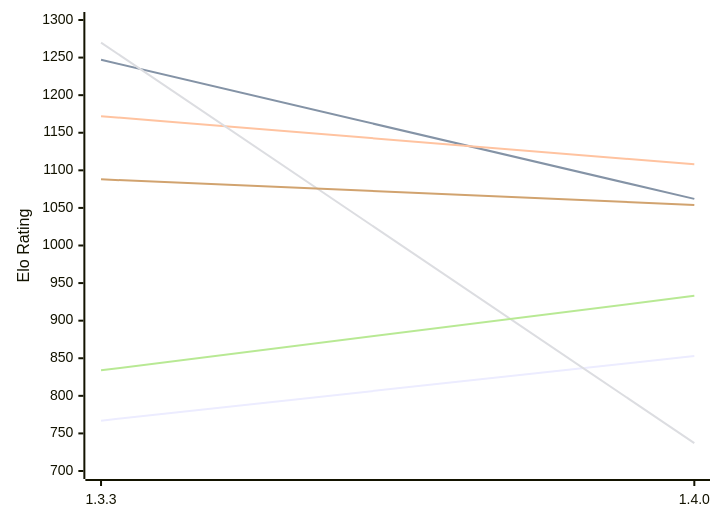
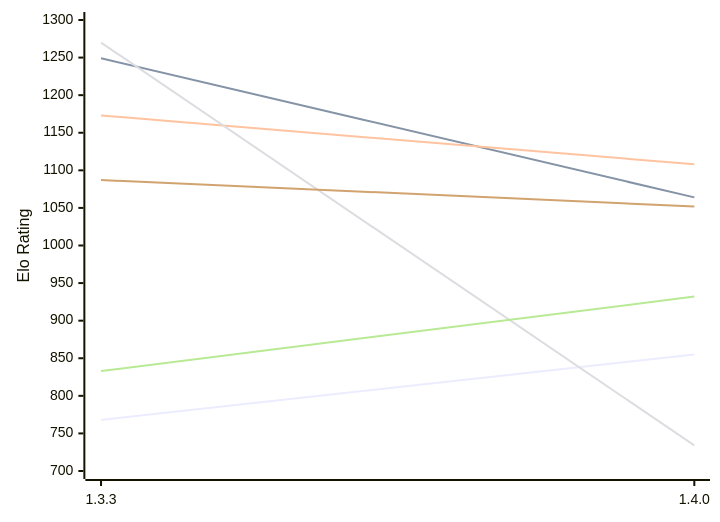
Before and after one commit to computer-chess-index/cci: the first of 2 diagrams in engines/Whitespine.md, drawn with Mermaid. The commit also changed other lines of this file, not shown here.

Commit message:
Update CCI Ratings (ELO VLTC) - 2026-11-19

````diff
--- a/engines/Whitespine.md
+++ b/engines/Whitespine.md
@@ -51,12 +51,12 @@
 ```mermaid
 %%{init: {"theme":"base","themeVariables":{"seriesColors:['#a3a3a3','#222221','#faa371']}}}%%
 xychart-beta
   x-axis ["1.3.3", "1.4.0"]
   y-axis "Elo Rating" 700 --> 1300
-  line "E1: STC (8.0+0.08s)" [767, 853]
-  line "E1: LTC (60.0+0.60s)" [1247, 1062]
-  line "E1: VLTC (2m24s+1.12s)" [1172, 1108]
-  line "P1: STC (8.0+0.08s)" [1270, 737]
-  line "P1: LTC (60.0+0.60s)" [834, 933]
-  line "P1: VLTC (2m24s+1.12s)" [1088, 1054]
+  line "E1: STC (8.0+0.08s)" [768, 855]
+  line "E1: LTC (60.0+0.60s)" [1249, 1064]
+  line "E1: VLTC (2m24s+1.12s)" [1173, 1108]
+  line "P1: STC (8.0+0.08s)" [1270, 734]
+  line "P1: LTC (60.0+0.60s)" [833, 932]
+  line "P1: VLTC (2m24s+1.12s)" [1087, 1052]
 ```
````
